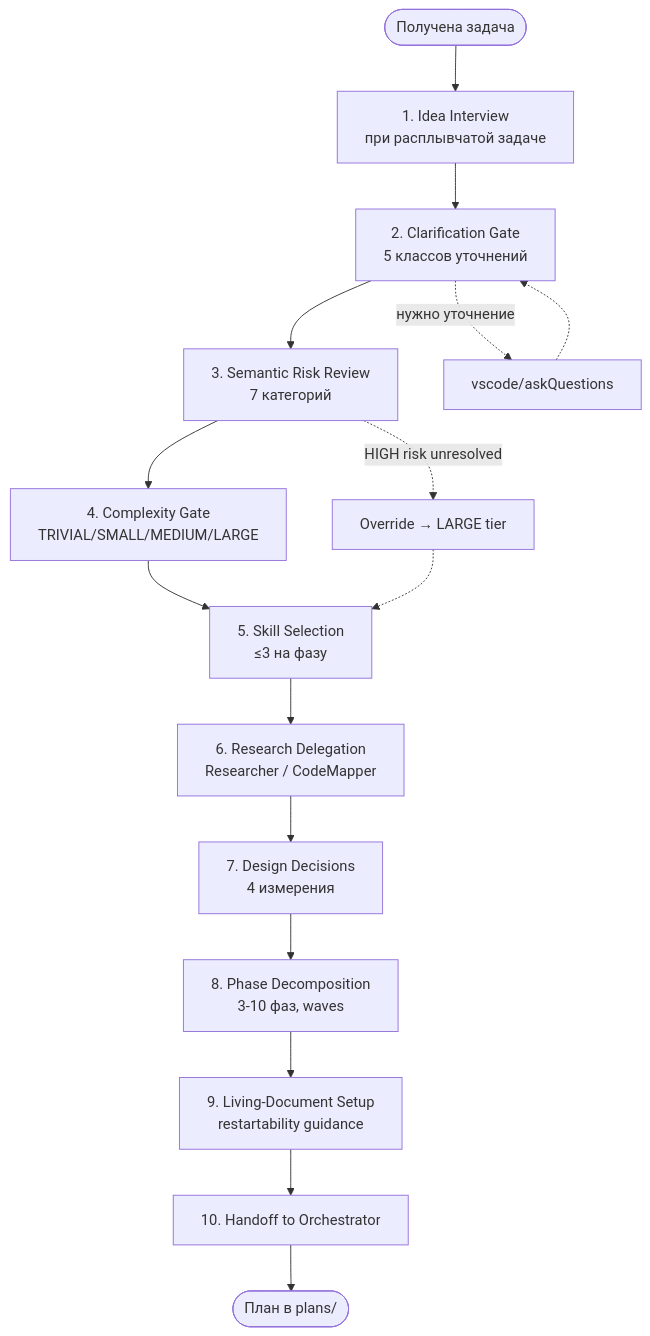
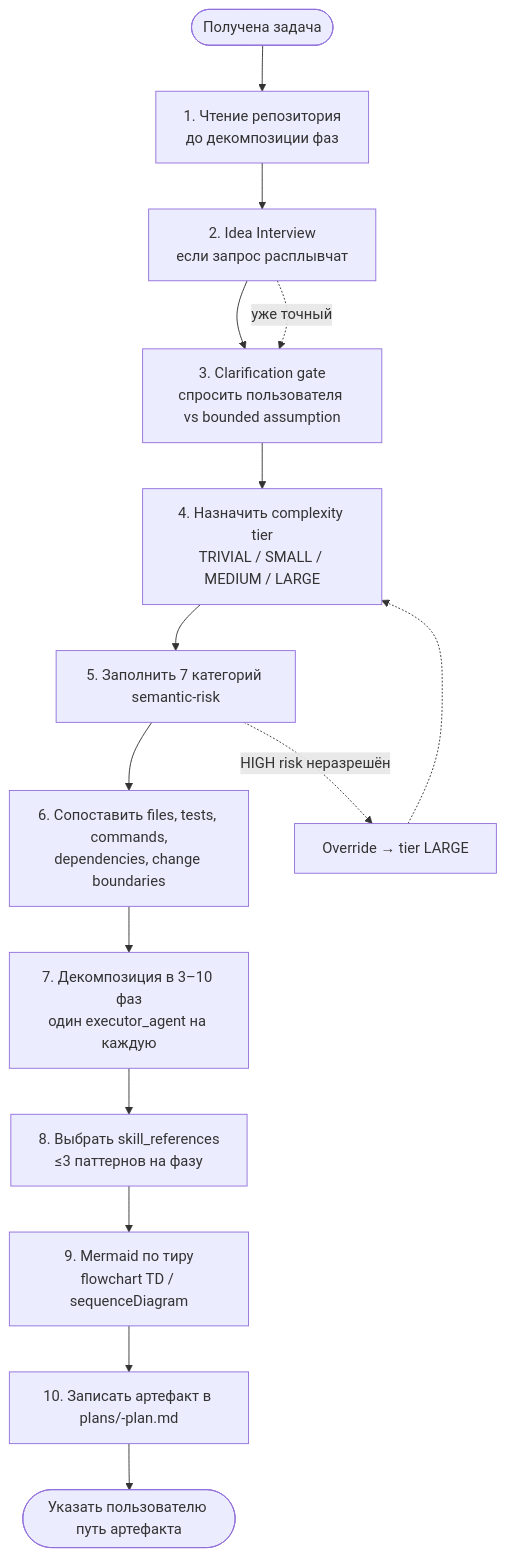
Before and after one commit to Smithbox-ai/ControlFlow: the diagram in docs/tutorial-ru/06-planning.md, drawn with Mermaid. The commit also changed other lines of this file and 51 other files, not shown here.

````diff
--- a/docs/tutorial-ru/06-planning.md
+++ b/docs/tutorial-ru/06-planning.md
@@ -22,19 +24,18 @@
 ```mermaid
 flowchart TD
-    Start([Получена задача]) --> S1[1. Idea Interview<br/>при расплывчатой задаче]
-    S1 --> S2[2. Clarification Gate<br/>5 классов уточнений]
-    S2 --> S3[3. Semantic Risk Review<br/>7 категорий]
-    S3 --> S4[4. Complexity Gate<br/>TRIVIAL/SMALL/MEDIUM/LARGE]
-    S4 --> S5[5. Skill Selection<br/>≤3 на фазу]
-    S5 --> S6[6. Research Delegation<br/>Researcher / CodeMapper]
-    S6 --> S7[7. Design Decisions<br/>4 измерения]
-    S7 --> S8[8. Phase Decomposition<br/>3-10 фаз, waves]
-    S8 --> S9[9. Living-Document Setup\nrestartability guidance]
-    S9 --> S10[10. Handoff to Orchestrator]
-    S10 --> End([План в plans/])
+    Start([Получена задача]) --> S1[1. Чтение репозитория<br/>до декомпозиции фаз]
+    S1 --> S2[2. Idea Interview<br/>если запрос расплывчат]
+    S2 --> S3[3. Clarification gate<br/>спросить пользователя vs bounded assumption]
+    S3 --> S4[4. Назначить complexity tier<br/>TRIVIAL / SMALL / MEDIUM / LARGE]
+    S4 --> S5[5. Заполнить 7 категорий semantic-risk]
+    S5 --> S6[6. Сопоставить files, tests, commands,<br/>dependencies, change boundaries]
+    S6 --> S7[7. Декомпозиция в 3–10 фаз<br/>один executor_agent на каждую]
+    S7 --> S8[8. Выбрать skill_references<br/>≤3 паттернов на фазу]
+    S8 --> S9[9. Mermaid по тиру<br/>flowchart TD / sequenceDiagram]
+    S9 --> S10[10. Записать артефакт в plans/<task-slug>-plan.md]
+    S10 --> End([Указать пользователю путь артефакта])
 
-    S2 -.->|нужно уточнение| AskUser[vscode/askQuestions]
-    AskUser -.-> S2
-    S3 -.->|HIGH risk unresolved| ForceLarge[Override → LARGE tier]
-    ForceLarge -.-> S5
+    S5 -.->|HIGH risk неразрешён| ForceLarge[Override → tier LARGE]
+    ForceLarge -.-> S4
+    S2 -.->|уже точный| S3
 ```
````
